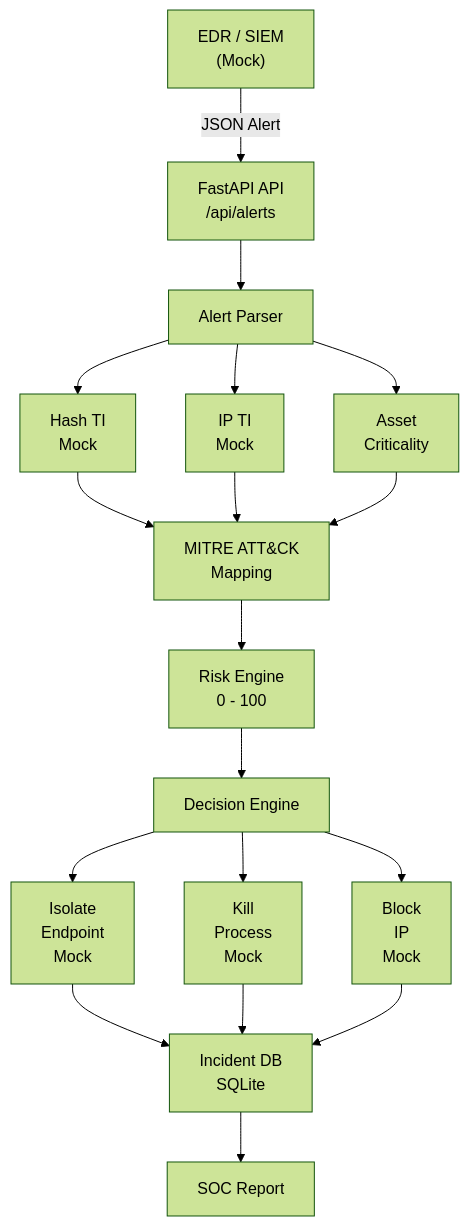
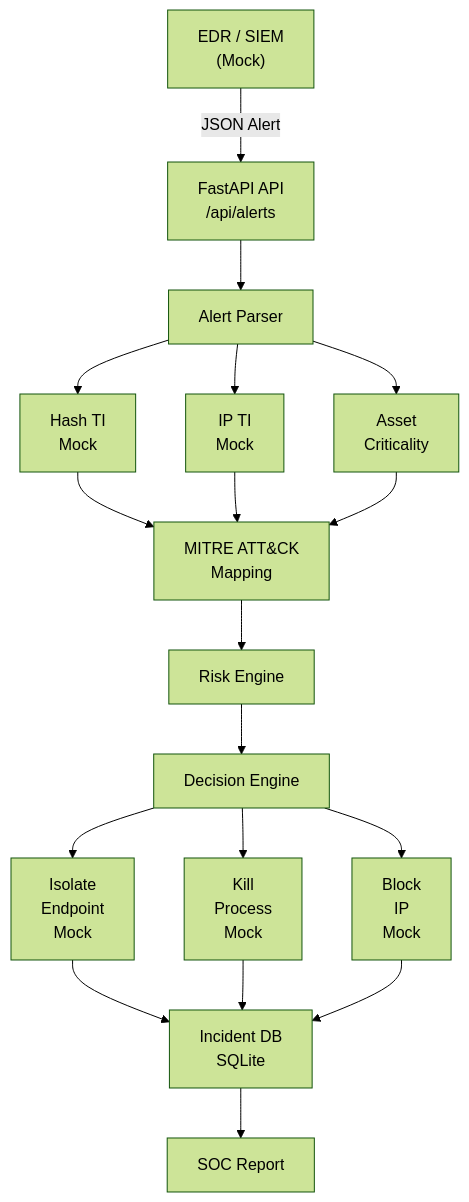
One commit to HuyDucNguyenn/SOAR-playbook changed the diagram in README.md. Above: the diagram before and after it, drawn with Mermaid (forest theme).

Commit message:
Update risk engine label in README
Removed the risk engine rating from the diagram.

````diff
--- a/README.md
+++ b/README.md
@@ -2,26 +2,26 @@
 ```mermaid
 graph TD
     A["EDR / SIEM<br/>(Mock)"] -->|"JSON Alert"| B["FastAPI API<br/>/api/alerts"]
     B --> C["Alert Parser"]
     
     C --> D1["Hash TI<br/>Mock"]
     C --> D2["IP TI<br/>Mock"]
     C --> D3["Asset<br/>Criticality"]
     
     D1 --> E["MITRE ATT&CK<br/>Mapping"]
     D2 --> E
     D3 --> E
     
-    E --> F["Risk Engine<br/>0 - 100"]
+    E --> F["Risk Engine"]
     F --> G["Decision Engine"]
     
     G --> H1["Isolate<br/>Endpoint<br/>Mock"]
     G --> H2["Kill<br/>Process<br/>Mock"]
     G --> H3["Block<br/>IP<br/>Mock"]
     
     H1 --> I["Incident DB<br/>SQLite"]
     H2 --> I
     H3 --> I
     
     I --> J["SOC Report"]
 ```
````
